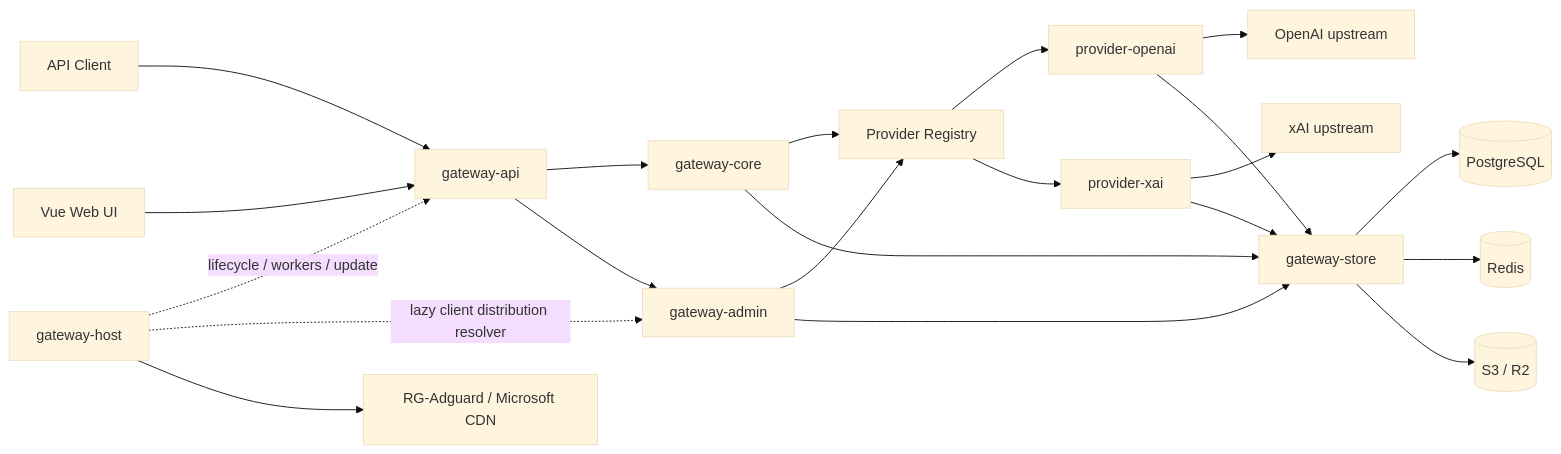
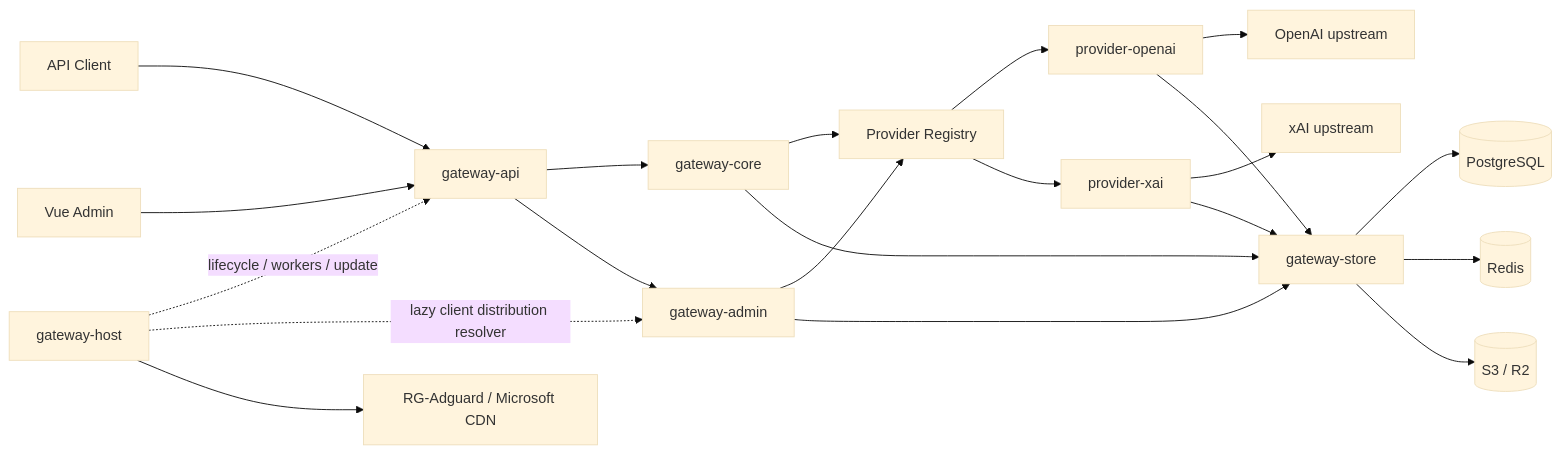
One commit to zyycn/codex-proxy-rs changed the first of 2 diagrams in docs/architecture.md. Above: the diagram before and after it, drawn with Mermaid (base theme). The commit also changed other lines of this file and 178 other files, not shown here.

````diff
--- a/docs/architecture.md
+++ b/docs/architecture.md
@@ -23,27 +23,27 @@
 ```mermaid
 flowchart LR
   Client[API Client] --> API[gateway-api]
-  Browser[Vue Web UI] --> API
+  Browser[Vue Admin] --> API
 
   API --> Core[gateway-core]
   API --> Admin[gateway-admin]
 
   Core --> Registry[Provider Registry]
   Admin --> Registry
   Registry --> OpenAI[provider-openai]
   Registry --> XAI[provider-xai]
   OpenAI --> OpenAIUpstream[OpenAI upstream]
   XAI --> XAIUpstream[xAI upstream]
 
   Core --> Store[gateway-store]
   Admin --> Store
   OpenAI --> Store
   XAI --> Store
   Store --> PG[(PostgreSQL)]
   Store --> Redis[(Redis)]
   Store --> Object[(S3 / R2)]
 
   Host[gateway-host] -. lifecycle / workers / update .-> API
   Host -. lazy client distribution resolver .-> Admin
   Host --> StoreLinks[RG-Adguard / Microsoft CDN]
 ```
````
